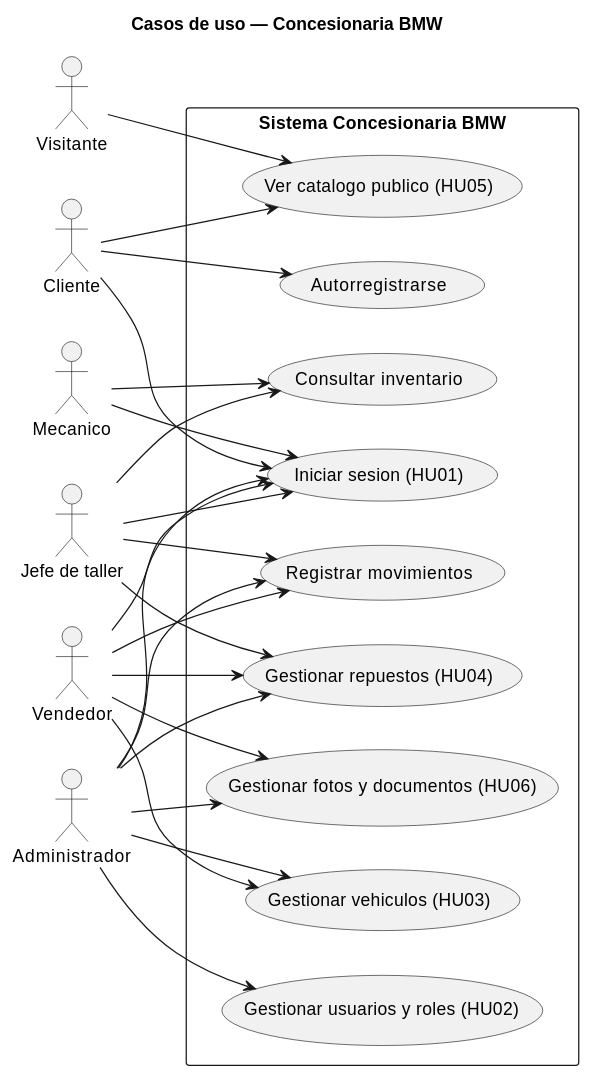
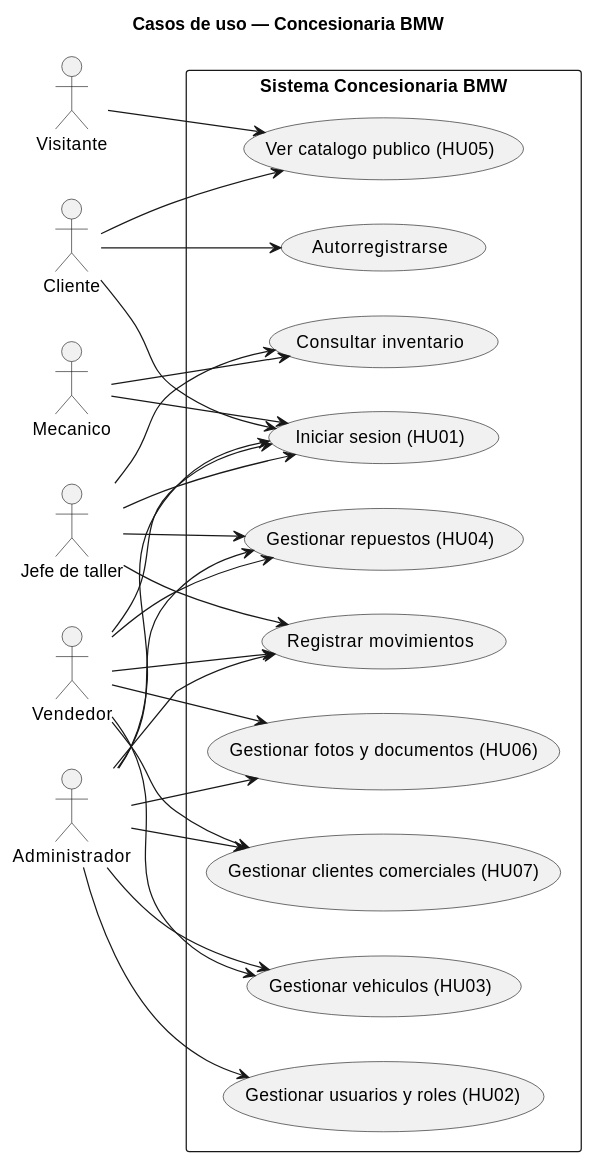
One commit to dgschahvqvc17/Concesionaria-BMW changed the third of 11 diagrams in documentacion/diagramas.md. Above: the diagram before and after it, drawn with PlantUML. The commit also changed other lines of this file and 26 other files, not shown here.

````diff
--- a/documentacion/diagramas.md
+++ b/documentacion/diagramas.md
@@ -118,52 +120,55 @@
 ```plantuml
 @startuml
 title Casos de uso — Concesionaria BMW
 left to right direction
 skinparam shadowing false
 
 actor "Visitante" as visitante
 actor "Cliente" as cliente
 actor "Mecanico" as mecanico
 actor "Jefe de taller" as jefe
 actor "Vendedor" as vendedor
 actor "Administrador" as admin
 
 rectangle "Sistema Concesionaria BMW" {
   usecase "Ver catalogo publico (HU05)" as UC_catalogo
   usecase "Autorregistrarse" as UC_registro
   usecase "Iniciar sesion (HU01)" as UC_login
   usecase "Consultar inventario" as UC_consultar
   usecase "Gestionar vehiculos (HU03)" as UC_vehiculos
   usecase "Gestionar fotos y documentos (HU06)" as UC_archivos
   usecase "Gestionar repuestos (HU04)" as UC_repuestos
   usecase "Registrar movimientos" as UC_movimientos
+  usecase "Gestionar clientes comerciales (HU07)" as UC_clientes
   usecase "Gestionar usuarios y roles (HU02)" as UC_usuarios
 }
 
 visitante --> UC_catalogo
 cliente --> UC_catalogo
 cliente --> UC_registro
 cliente --> UC_login
 
 mecanico --> UC_login
 mecanico --> UC_consultar
 
 jefe --> UC_login
 jefe --> UC_consultar
 jefe --> UC_repuestos
 jefe --> UC_movimientos
 
 vendedor --> UC_login
 vendedor --> UC_vehiculos
 vendedor --> UC_archivos
 vendedor --> UC_repuestos
 vendedor --> UC_movimientos
+vendedor --> UC_clientes
 
 admin --> UC_login
 admin --> UC_vehiculos
 admin --> UC_archivos
 admin --> UC_repuestos
 admin --> UC_movimientos
+admin --> UC_clientes
 admin --> UC_usuarios
 @enduml
 ```
````
